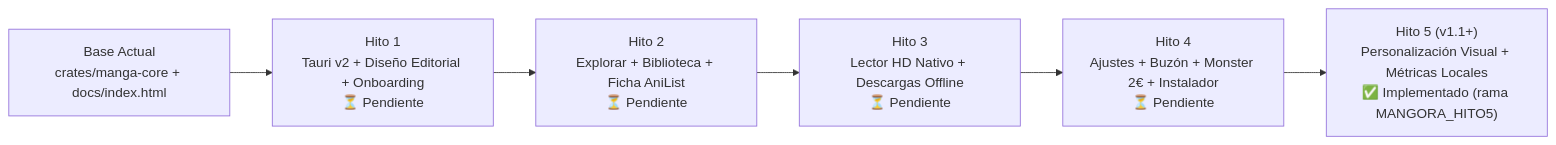
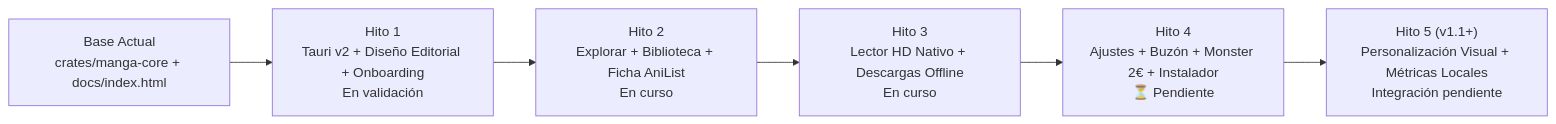
Before and after one commit to tomahawk1103/manga-tui: the diagram in MANGORA_ROADMAP.md, drawn with Mermaid. The commit also changed other lines of this file and 9 other files, not shown here.

Commit message:
feat(mangora): add catalog search and onboarding save retry

````diff
--- a/MANGORA_ROADMAP.md
+++ b/MANGORA_ROADMAP.md
@@ -12,11 +12,11 @@
 ```mermaid
 flowchart LR
     Base["Base Actual<br/>crates/manga-core + docs/index.html"]
-    H1["Hito 1<br/>Tauri v2 + Diseño Editorial + Onboarding<br/>⏳ Pendiente"]
-    H2["Hito 2<br/>Explorar + Biblioteca + Ficha AniList<br/>⏳ Pendiente"]
-    H3["Hito 3<br/>Lector HD Nativo + Descargas Offline<br/>⏳ Pendiente"]
+    H1["Hito 1<br/>Tauri v2 + Diseño Editorial + Onboarding<br/>En validación"]
+    H2["Hito 2<br/>Explorar + Biblioteca + Ficha AniList<br/>En curso"]
+    H3["Hito 3<br/>Lector HD Nativo + Descargas Offline<br/>En curso"]
     H4["Hito 4<br/>Ajustes + Buzón + Monster 2€ + Instalador<br/>⏳ Pendiente"]
-    H5["Hito 5 (v1.1+)<br/>Personalización Visual + Métricas Locales<br/>✅ Implementado (rama MANGORA_HITO5)"]
+    H5["Hito 5 (v1.1+)<br/>Personalización Visual + Métricas Locales<br/>Integración pendiente"]
 
     Base --> H1 --> H2 --> H3 --> H4 --> H5
 ```
````
